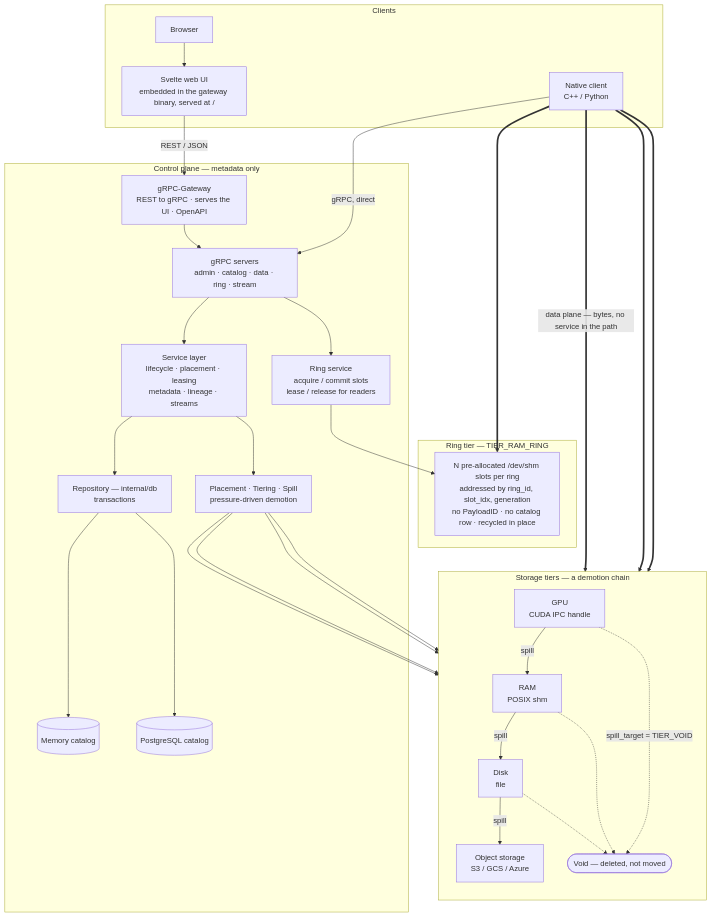
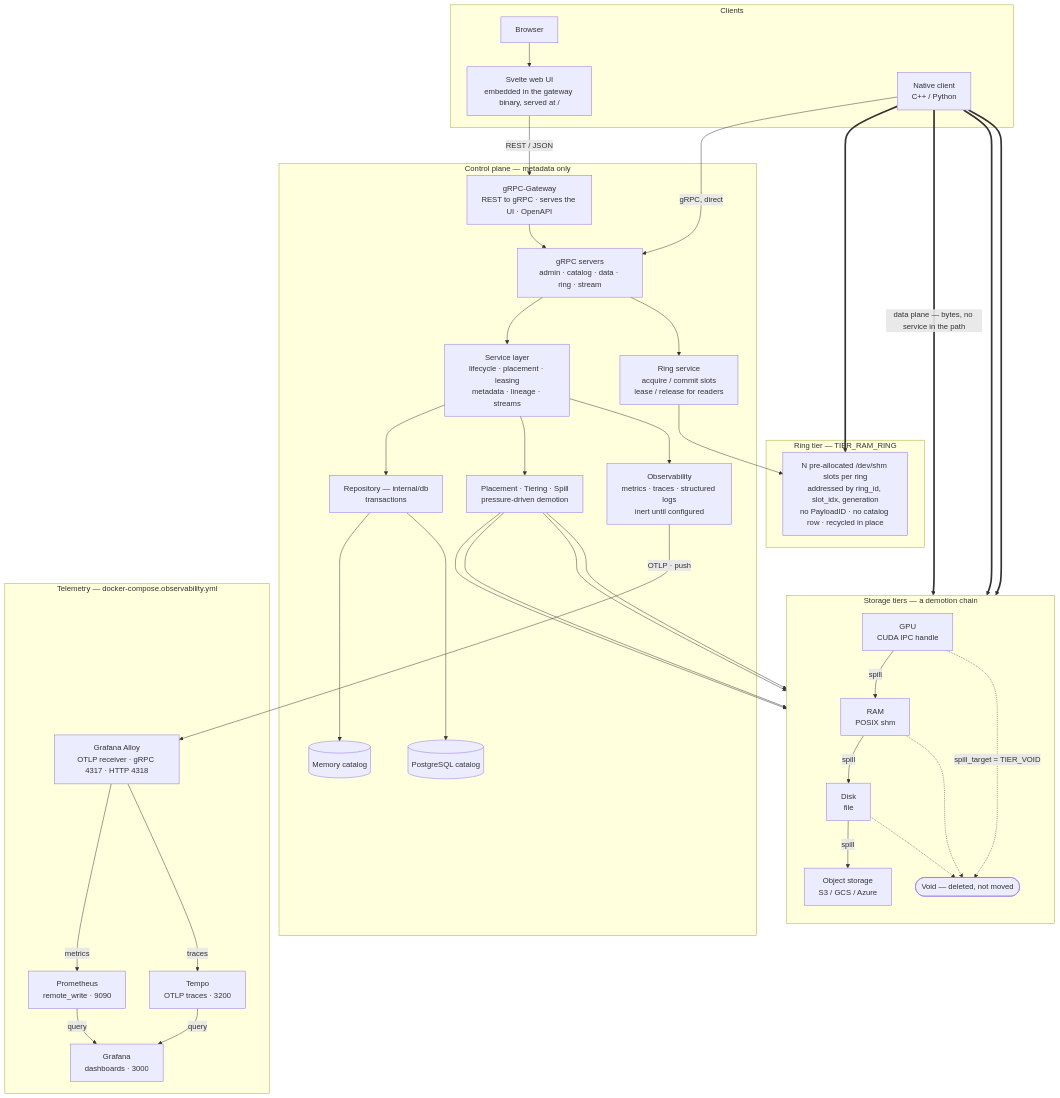
Before and after one commit to hurdad/payload-manager: the diagram in docs/ARCHITECTURE.md, drawn with Mermaid. The commit also changed 3 other files, not shown here.

````diff
--- a/docs/ARCHITECTURE.md
+++ b/docs/ARCHITECTURE.md
@@ -14,61 +14,75 @@
 ```mermaid
 flowchart TB
     subgraph clients["Clients"]
         browser["Browser"]
         webui["Svelte web UI<br/>embedded in the gateway binary, served at /"]
         native["Native client<br/>C++ / Python"]
     end
 
     subgraph control["Control plane — metadata only"]
         gw["gRPC-Gateway<br/>REST to gRPC · serves the UI · OpenAPI"]
         servers["gRPC servers<br/>admin · catalog · data · ring · stream"]
         svc["Service layer<br/>lifecycle · placement · leasing<br/>metadata · lineage · streams"]
         ringsvc["Ring service<br/>acquire / commit slots<br/>lease / release for readers"]
         repo["Repository — internal/db<br/>transactions"]
         mem[("Memory catalog")]
         pg[("PostgreSQL catalog")]
         tiering["Placement · Tiering · Spill<br/>pressure-driven demotion"]
+        obs["Observability<br/>metrics · traces · structured logs<br/>inert until configured"]
     end
 
     subgraph tiers["Storage tiers — a demotion chain"]
         direction TB
         gpu["GPU<br/>CUDA IPC handle"]
         ram["RAM<br/>POSIX shm"]
         disk["Disk<br/>file"]
         obj["Object storage<br/>S3 / GCS / Azure"]
         gone(["Void — deleted, not moved"])
     end
 
     subgraph ring["Ring tier — TIER_RAM_RING"]
         slots["N pre-allocated /dev/shm slots per ring<br/>addressed by ring_id, slot_idx, generation<br/>no PayloadID · no catalog row · recycled in place"]
     end
 
+    subgraph telemetry["Telemetry — docker-compose.observability.yml"]
+        alloy["Grafana Alloy<br/>OTLP receiver · gRPC 4317 · HTTP 4318"]
+        prom["Prometheus<br/>remote_write · 9090"]
+        tempo["Tempo<br/>OTLP traces · 3200"]
+        graf["Grafana<br/>dashboards · 3000"]
+    end
+
     browser --> webui
     webui -- "REST / JSON" --> gw
     gw --> servers
     native -- "gRPC, direct" --> servers
     servers --> svc
     servers --> ringsvc
     svc --> repo
     repo --> mem
     repo --> pg
     svc --> tiering
+    svc --> obs
+    obs -- "OTLP · push" --> alloy
+    alloy -- "metrics" --> prom
+    alloy -- "traces" --> tempo
+    prom -- "query" --> graf
+    tempo -- "query" --> graf
     ringsvc --> slots
 
     tiering --> gpu
     tiering --> ram
     tiering --> disk
     tiering --> obj
 
     gpu -- spill --> ram
     ram -- spill --> disk
     disk -- spill --> obj
     gpu -. "spill_target = TIER_VOID" .-> gone
     ram -.-> gone
     disk -.-> gone
 
     native == "data plane — bytes, no service in the path" ==> ram
     native ==> gpu
     native ==> disk
     native ==> slots
 ```
````
